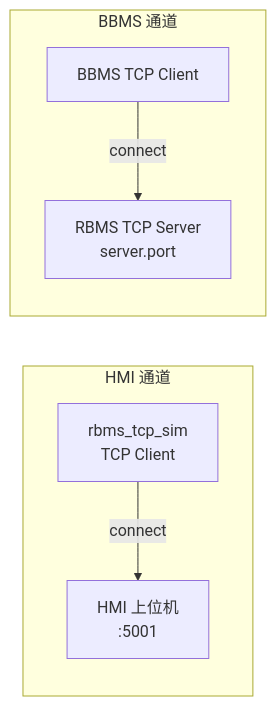
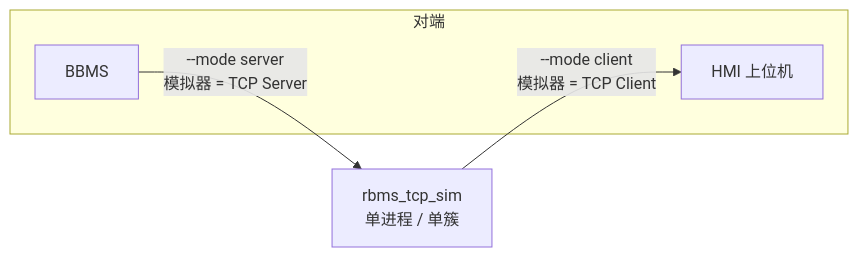
The diagram in 4.rbms_tcp_sim/README.md (ffsxsy/py_work_script_repo), drawn with Mermaid before and after one commit. The commit also changed other lines of this file and 12 other files, not shown here.

First line of the commit message:
rbms_tcp_sim: StrCtrlHb 按 rack_id 分段、CRC 测试开关与 README 更新

````diff
--- a/4.rbms_tcp_sim/README.md
+++ b/4.rbms_tcp_sim/README.md
@@ -7,13 +9,11 @@
 ```mermaid
 flowchart LR
-    subgraph hmi [HMI 通道]
-        SimC[rbms_tcp_sim<br/>TCP Client]
-        HMI[HMI 上位机<br/>:5001]
-        SimC -->|connect| HMI
+    subgraph peers [对端]
+        HMI[HMI 上位机]
+        BBMS[BBMS]
     end
-    subgraph bbms [BBMS 通道]
-        BBMS[BBMS TCP Client]
-        Srv[RBMS TCP Server<br/>server.port]
-        BBMS -->|connect| Srv
-    end
+    Sim[rbms_tcp_sim<br/>单进程 / 单簇]
+
+    Sim -->|"--mode client<br/>模拟器 = TCP Client"| HMI
+    BBMS -->|"--mode server<br/>模拟器 = TCP Server"| Sim
 ```
````
